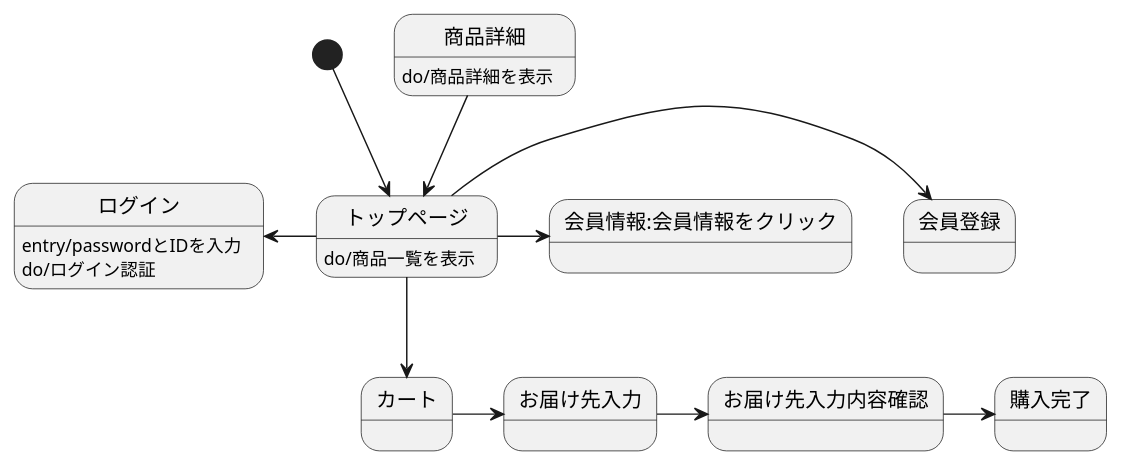
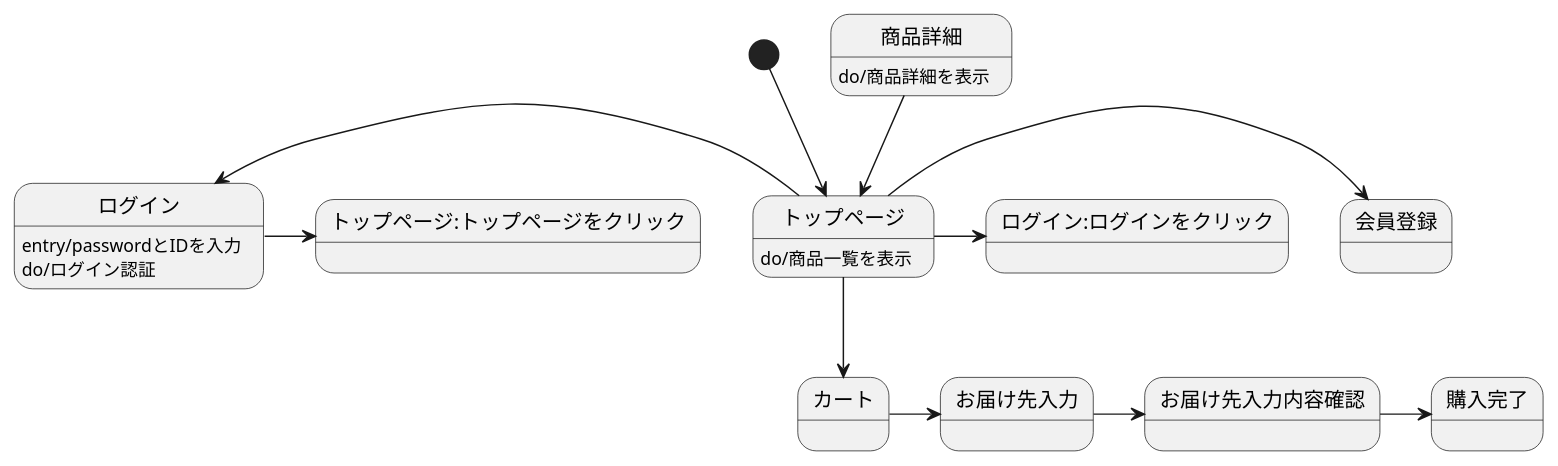
The diagram in stm01.md (Aso2001388/2021sys-design), drawn with PlantUML before and after one commit.

````diff
--- a/stm01.md
+++ b/stm01.md
@@ -1,19 +1,20 @@
 ```uml
 @startuml
 [*] --> トップページ
 トップページ -> 会員登録
 トップページ -left-> ログイン
 トップページ --> カート
 カート -> お届け先入力
 お届け先入力 -> お届け先入力内容確認
 お届け先入力内容確認 -> 購入完了
 商品詳細-->トップページ
 
-トップページ->会員情報:会員情報をクリック
+ログイン->トップページ:トップページをクリック
+トップページ->ログイン:ログインをクリック
 
 トップページ:do/商品一覧を表示
 ログイン : entry/passwordとIDを入力
 ログイン : do/ログイン認証
 商品詳細: do/商品詳細を表示
 @enduml
 ```
````
